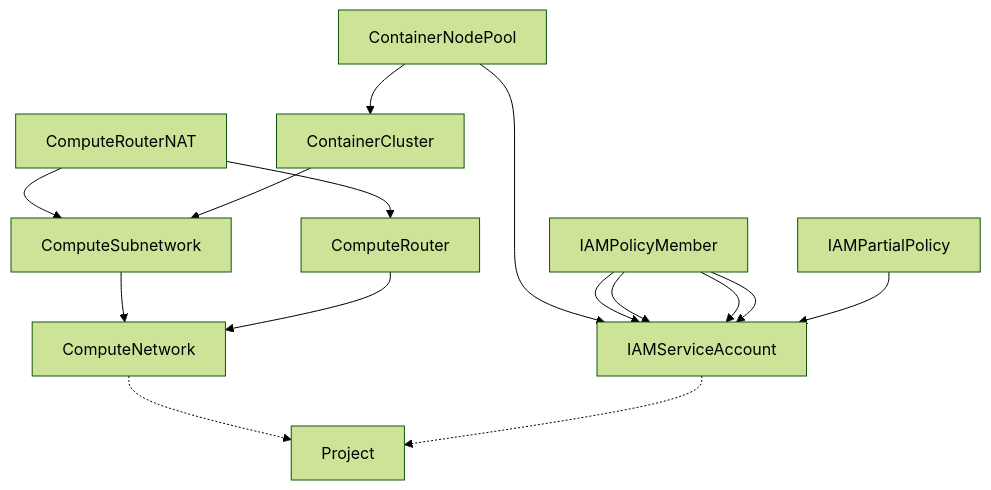
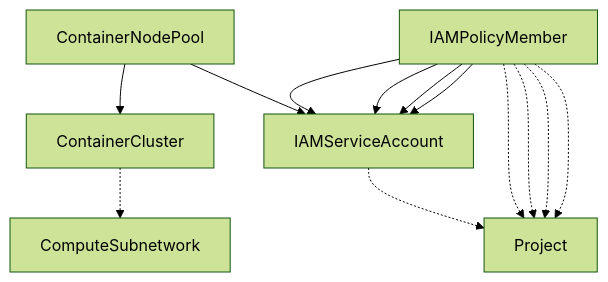
One commit to mathieu-benoit/acm-workshop changed the diagram in content/gke-cluster/create-gke-cluster.md. Above: the diagram before and after it, drawn with Mermaid (forest theme). The commit also changed 13 other files, not shown here.

Commit message:
simplify the mermaid graph, only scoped by what was deployed by page

```diff
--- a/content/gke-cluster/create-gke-cluster.md
+++ b/content/gke-cluster/create-gke-cluster.md
@@ -215,17 +215,15 @@
 {{< mermaid >}}
 graph TD;
-  ComputeNetwork-.->Project
   IAMServiceAccount-.->Project
-  ComputeSubnetwork-->ComputeNetwork
-  ComputeRouterNAT-->ComputeSubnetwork
-  ComputeRouterNAT-->ComputeRouter
-  ComputeRouter-->ComputeNetwork
   ContainerNodePool-->ContainerCluster
   ContainerNodePool-->IAMServiceAccount
   IAMPolicyMember-->IAMServiceAccount
+  IAMPolicyMember-.->Project
   IAMPolicyMember-->IAMServiceAccount
+  IAMPolicyMember-.->Project
   IAMPolicyMember-->IAMServiceAccount
+  IAMPolicyMember-.->Project
   IAMPolicyMember-->IAMServiceAccount
-  IAMPartialPolicy-->IAMServiceAccount
-  ContainerCluster-->ComputeSubnetwork
+  IAMPolicyMember-.->Project
+  ContainerCluster-.->ComputeSubnetwork
 {{< /mermaid >}}
```
